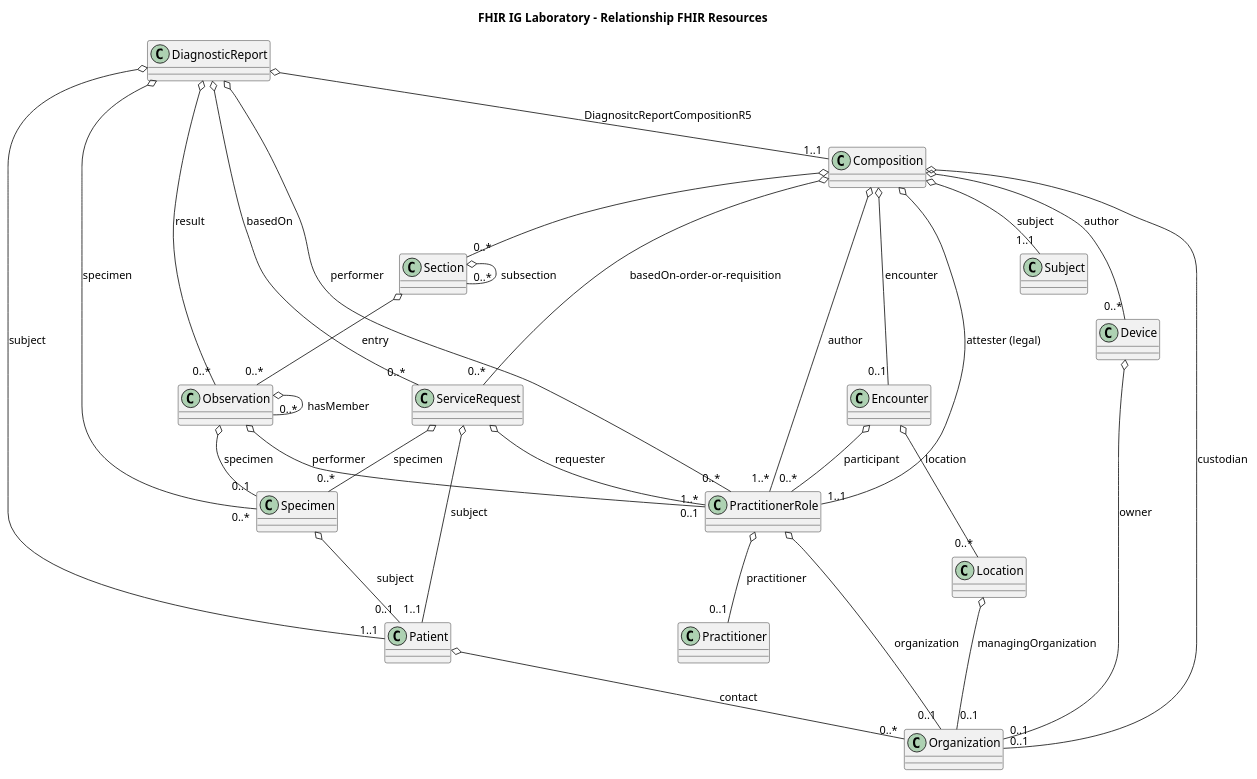
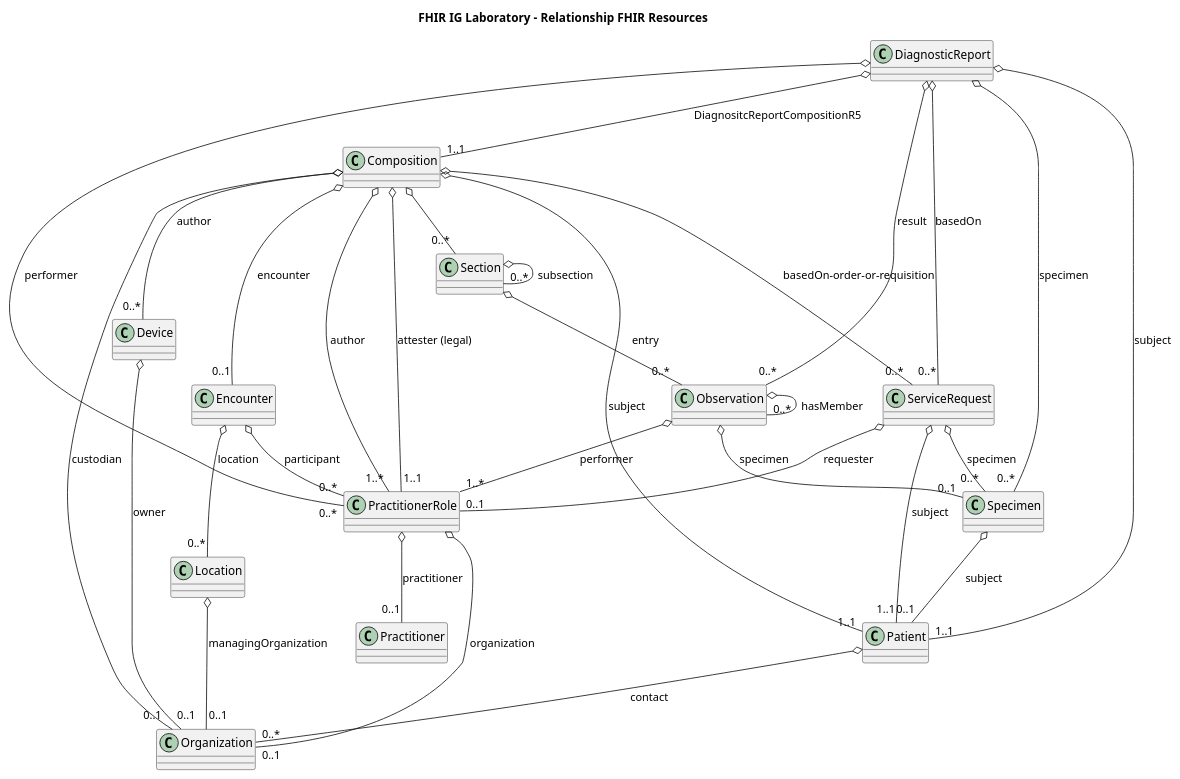
One commit to gabriel0316/fhir-ig-laboratory changed the diagram in fhir_structure.plantuml. Above: the diagram before and after it, drawn with PlantUML. The commit also changed 1 other file, not shown here.

Commit message:
Correct connection Composition -> Patient

```diff
--- a/fhir_structure.plantuml
+++ b/fhir_structure.plantuml
@@ -1,60 +1,60 @@
 @startuml
 
 title FHIR IG Laboratory - Relationship FHIR Resources
 
 class Composition
 class DiagnosticReport
 class Patient
 class Observation
 class Specimen
 class ServiceRequest
 class Device
 class Section
 class Encounter
 class Organization
 class PractitionerRole
 class Practitioner
 class Location
 
 Composition o-- "0..*" Device : author
 Composition o-- "0..1" Organization : custodian
 Composition o-- "1..*" PractitionerRole : author
 Composition o-- "1..1" PractitionerRole : attester (legal)
 Composition o-- "0..1" Encounter : encounter
 Composition o-- "0..*" Section
-Composition o-- "1..1" Subject : subject
+Composition o-- "1..1" Patient : subject
 Composition o-- "0..*" ServiceRequest : basedOn-order-or-requisition
 
 DiagnosticReport o-- "1..1" Composition : DiagnositcReportCompositionR5
 DiagnosticReport o-- "0..*" PractitionerRole : performer
 DiagnosticReport o-- "0..*" Specimen : specimen
 DiagnosticReport o-- "0..*" Observation : result
 DiagnosticReport o-- "1..1" Patient : subject
 DiagnosticReport o-- "0..*" ServiceRequest : basedOn
 
 Patient o-- "0..*" Organization : contact
 
 Observation o-- "0..*" Observation : hasMember
 Observation o-- "0..1" Specimen : specimen
 Observation o-- "1..*" PractitionerRole : performer
 
 Specimen o-- "0..1" Patient : subject
 
 ServiceRequest o-- "1..1" Patient : subject
 ServiceRequest o-- "0..*" Specimen : specimen
 ServiceRequest o-- "0..1" PractitionerRole : requester
 
 Section o-- "0..*" Section : subsection
 Section o-- "0..*" Observation : entry
 
 Device o-- "0..1" Organization : owner
 
 PractitionerRole o-- "0..1" Organization : organization
 PractitionerRole o-- "0..1" Practitioner : practitioner
 
 Encounter o-- "0..*" PractitionerRole : participant
 Encounter o-- "0..*" Location : location
 
 Location o-- "0..1" Organization : managingOrganization
 
 @enduml
```
